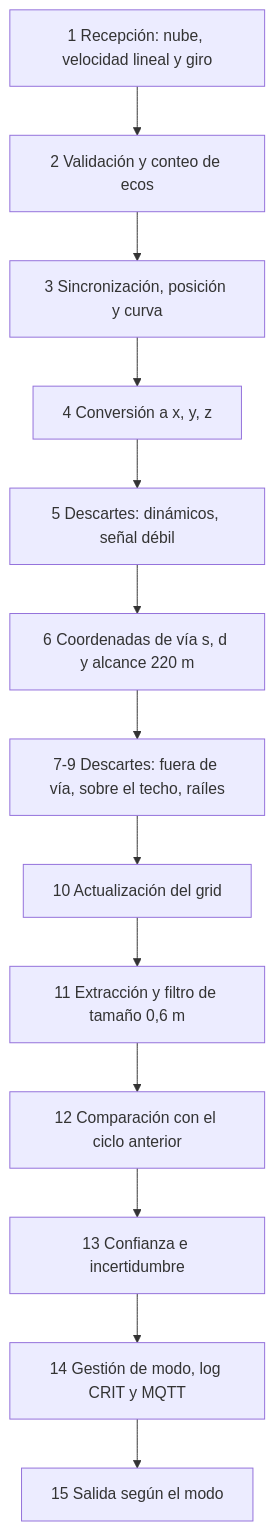
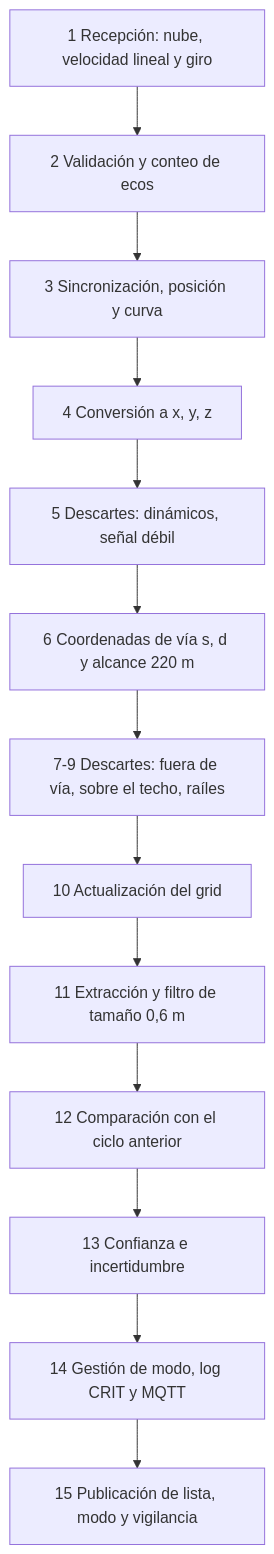
One commit to buzondealiciagarcia-cmyk/prueba-tecnica-saf changed the diagram in docs/02-diseno/diagramas/arquitectura-sw.mmd. Above: the diagram before and after it, drawn with Mermaid. The commit also changed 9 other files, not shown here.

```diff
--- a/docs/02-diseno/diagramas/arquitectura-sw.mmd
+++ b/docs/02-diseno/diagramas/arquitectura-sw.mmd
@@ -1,13 +1,13 @@
 flowchart TB
   A[1 Recepción: nube, velocidad lineal y giro] --> B[2 Validación y conteo de ecos]
   B --> C[3 Sincronización, posición y curva]
   C --> D[4 Conversión a x, y, z]
   D --> E[5 Descartes: dinámicos, señal débil]
   E --> F[6 Coordenadas de vía s, d y alcance 220 m]
   F --> G[7-9 Descartes: fuera de vía, sobre el techo, raíles]
   G --> H[10 Actualización del grid]:::hl
   H --> I[11 Extracción y filtro de tamaño 0,6 m]
   I --> J[12 Comparación con el ciclo anterior]
   J --> K[13 Confianza e incertidumbre]
   K --> L[14 Gestión de modo, log CRIT y MQTT]
-  L --> M[15 Salida según el modo]
+  L --> M[15 Publicación de lista, modo y vigilancia]
```
